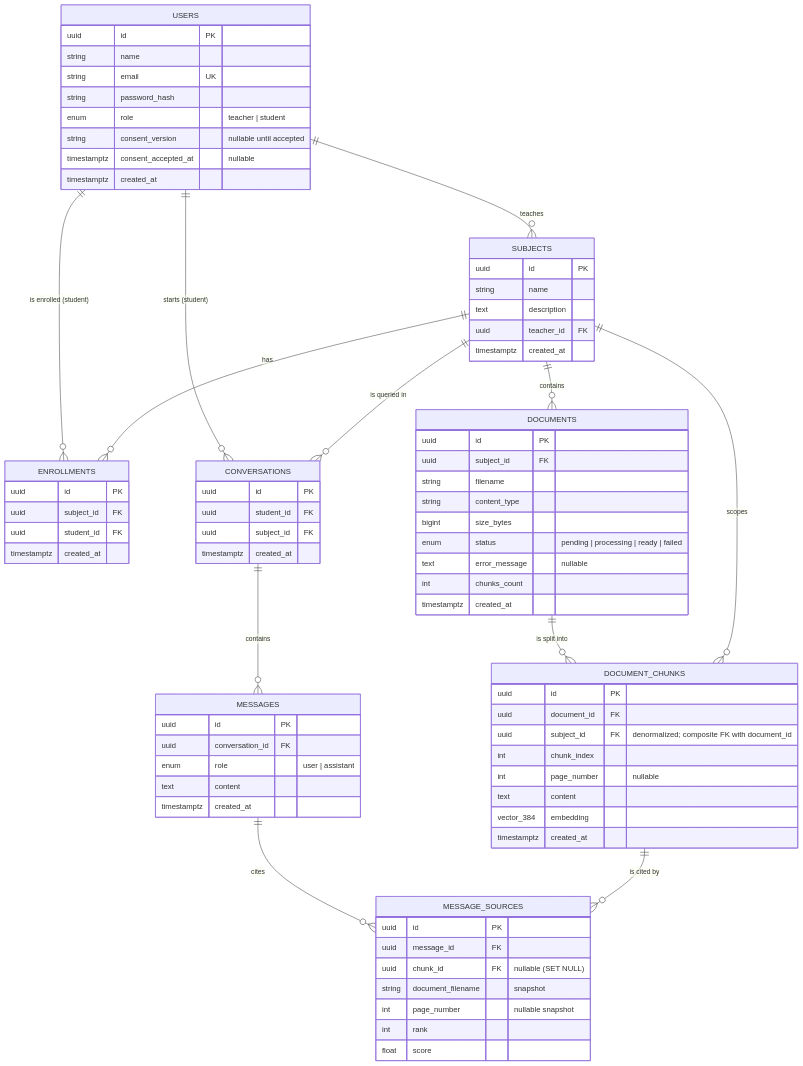
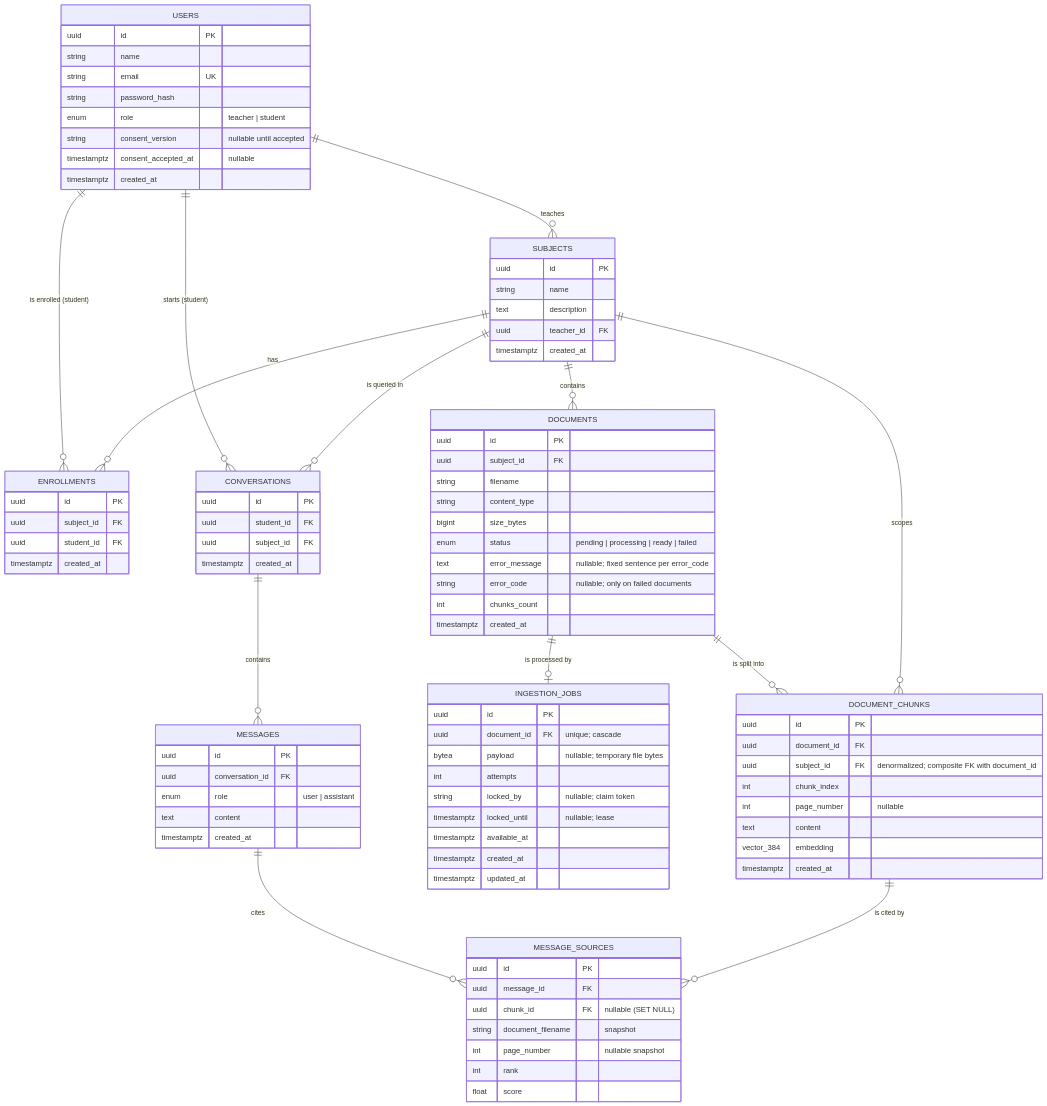
The diagram in docs/data-model.md (supercentro/AsistenteIA), drawn with Mermaid before and after one commit. The commit also changed other lines of this file and 158 other files, not shown here.

First line of the commit message:
feat: document-ingestion (upload, ingestion queue, worker, chunking, embeddings) (#8)

```diff
--- a/docs/data-model.md
+++ b/docs/data-model.md
@@ -14,6 +14,7 @@
     SUBJECTS ||--o{ ENROLLMENTS : "has"
     SUBJECTS ||--o{ DOCUMENTS : "contains"
     DOCUMENTS ||--o{ DOCUMENT_CHUNKS : "is split into"
+    DOCUMENTS ||--o| INGESTION_JOBS : "is processed by"
     SUBJECTS ||--o{ DOCUMENT_CHUNKS : "scopes"
     USERS ||--o{ CONVERSATIONS : "starts (student)"
     SUBJECTS ||--o{ CONVERSATIONS : "is queried in"
@@ -51,9 +52,21 @@
         string content_type
         bigint size_bytes
         enum status "pending | processing | ready | failed"
-        text error_message "nullable"
+        text error_message "nullable; fixed sentence per error_code"
+        string error_code "nullable; only on failed documents"
         int chunks_count
         timestamptz created_at
+    }
+    INGESTION_JOBS {
+        uuid id PK
+        uuid document_id FK "unique; cascade"
+        bytea payload "nullable; temporary file bytes"
+        int attempts
+        string locked_by "nullable; claim token"
+        timestamptz locked_until "nullable; lease"
+        timestamptz available_at
+        timestamptz created_at
+        timestamptz updated_at
     }
     DOCUMENT_CHUNKS {
         uuid id PK
```
